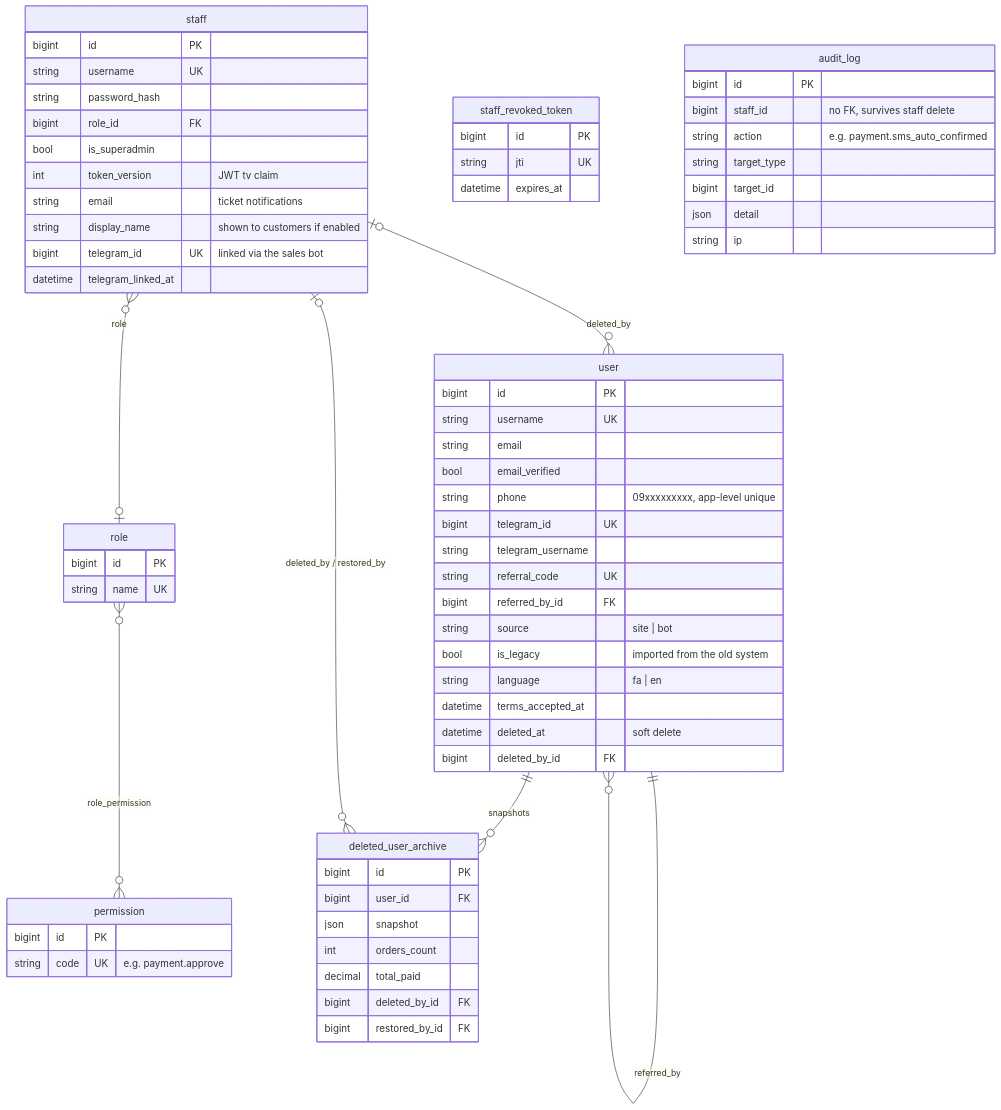
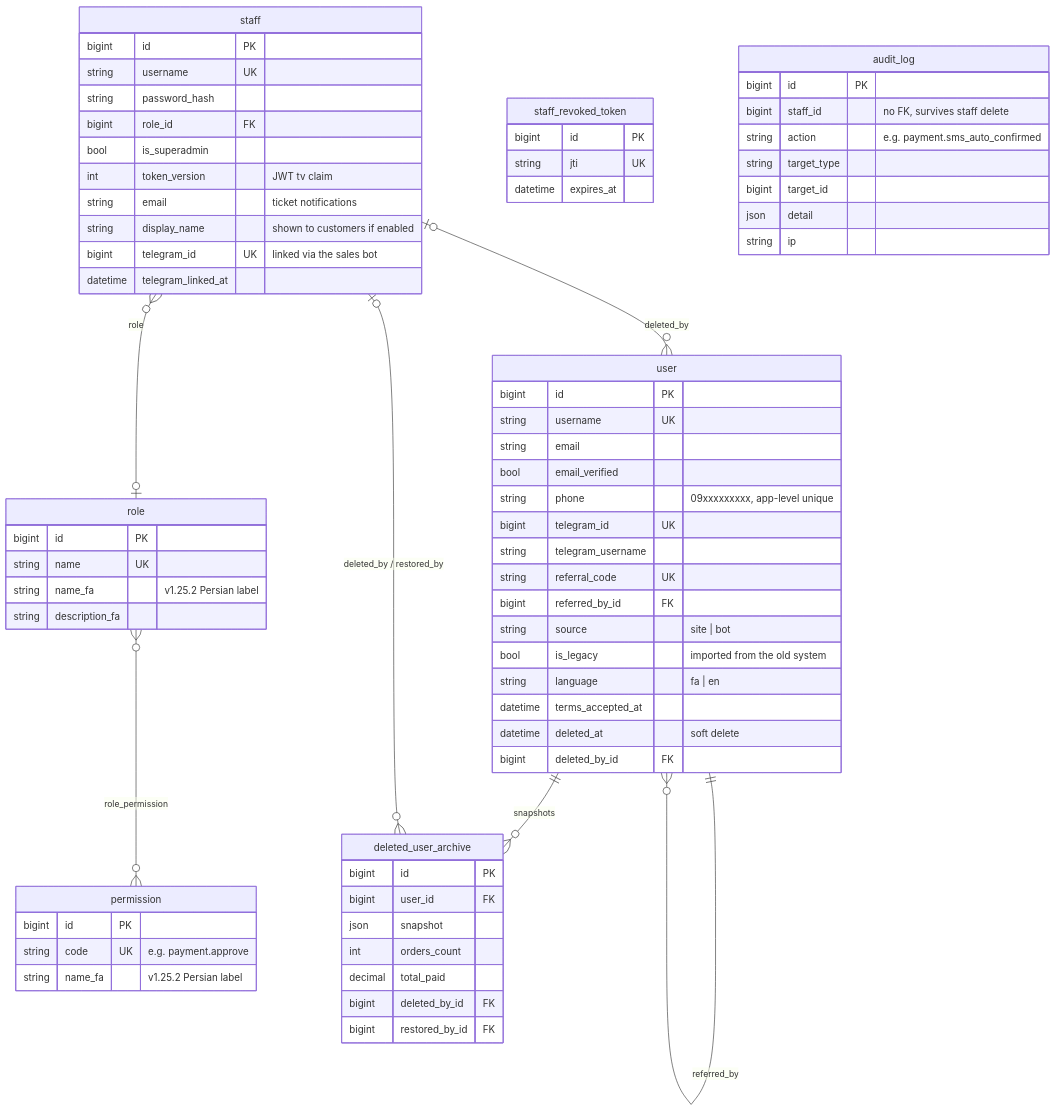
The first of 8 diagrams in docs/erd.md (santiyagoburcart/caspintunel), drawn with Mermaid before and after one commit. The commit also changed other lines of this file and 34 other files, not shown here.

````diff
--- a/docs/erd.md
+++ b/docs/erd.md
@@ -17,70 +17,73 @@
 ```mermaid
 erDiagram
     user ||--o{ user : "referred_by"
     staff }o--o| role : "role"
     role }o--o{ permission : "role_permission"
     user ||--o{ deleted_user_archive : "snapshots"
     staff |o--o{ deleted_user_archive : "deleted_by / restored_by"
     staff |o--o{ user : "deleted_by"
 
     user {
         bigint id PK
         string username UK
         string email
         bool email_verified
         string phone "09xxxxxxxxx, app-level unique"
         bigint telegram_id UK
         string telegram_username
         string referral_code UK
         bigint referred_by_id FK
         string source "site | bot"
         bool is_legacy "imported from the old system"
         string language "fa | en"
         datetime terms_accepted_at
         datetime deleted_at "soft delete"
         bigint deleted_by_id FK
     }
     staff {
         bigint id PK
         string username UK
         string password_hash
         bigint role_id FK
         bool is_superadmin
         int token_version "JWT tv claim"
         string email "ticket notifications"
         string display_name "shown to customers if enabled"
         bigint telegram_id UK "linked via the sales bot"
         datetime telegram_linked_at
     }
     role {
         bigint id PK
         string name UK
+        string name_fa "v1.25.2 Persian label"
+        string description_fa
     }
     permission {
         bigint id PK
         string code UK "e.g. payment.approve"
+        string name_fa "v1.25.2 Persian label"
     }
     staff_revoked_token {
         bigint id PK
         string jti UK
         datetime expires_at
     }
     deleted_user_archive {
         bigint id PK
         bigint user_id FK
         json snapshot
         int orders_count
         decimal total_paid
         bigint deleted_by_id FK
         bigint restored_by_id FK
     }
     audit_log {
         bigint id PK
         bigint staff_id "no FK, survives staff delete"
         string action "e.g. payment.sms_auto_confirmed"
         string target_type
         bigint target_id
         json detail
         string ip
     }
 ```
````
